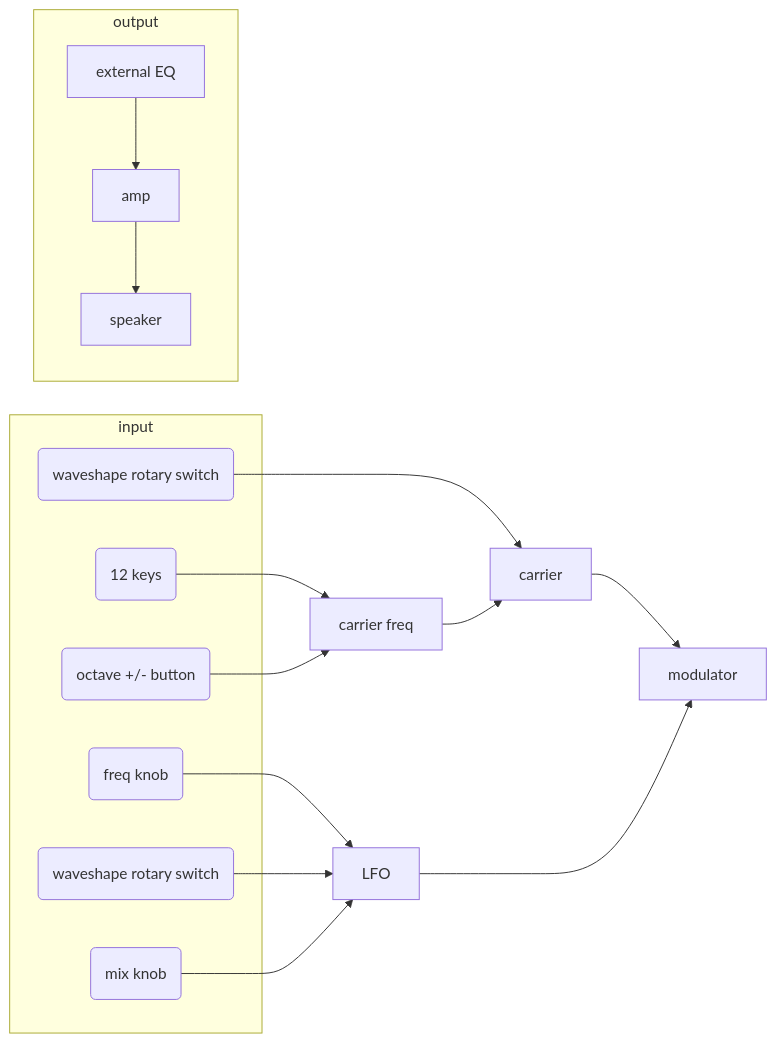
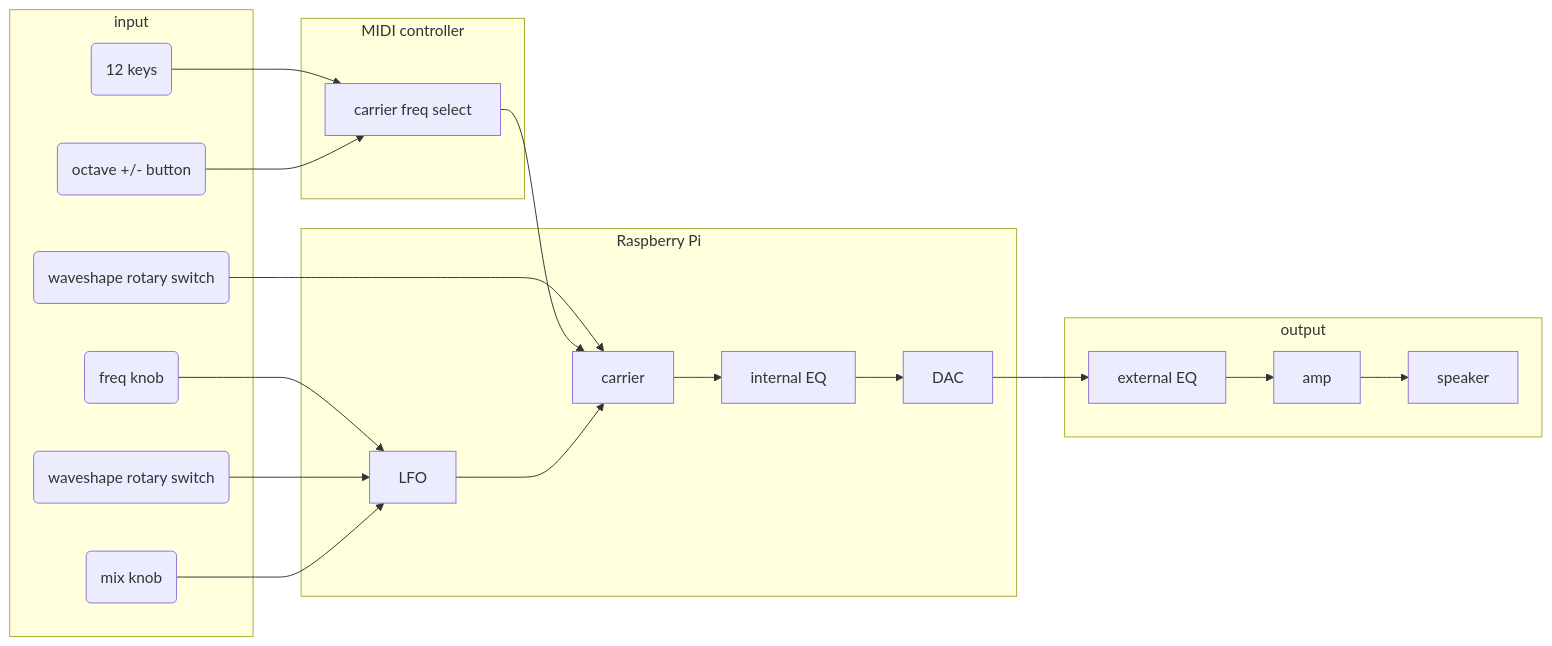
The diagram in README.md (aryadaroui/Synthesizer), drawn with Mermaid before and after one commit. The commit also changed other lines of this file and 1 other file, not shown here.

Commit message:
readme displays proper diagram

````diff
--- a/README.md
+++ b/README.md
@@ -58,30 +62,44 @@
 ```mermaid
 graph LR
 	freqLFO(freq knob)-->LFO[LFO]
 	waveLFO(waveshape rotary switch) --> LFO
 	mixLFO(mix knob) --> LFO
 	
-	keys(12 keys) --> freqCarrier[carrier freq]
+	keys(12 keys) --> freqCarrier[carrier freq select]
 	octave(octave +/- button) --> freqCarrier
 	
 	waveGen(waveshape rotary switch) --> carrier
 	freqCarrier --> carrier
 	
-	carrier --> modulator
-	LFO --> modulator
+	LFO --> carrier
+	carrier --> intEQ[internal EQ]
+	intEQ --> DAC
+    DAC --> extEQ
+
 	
 	
 	subgraph input
 	freqLFO
 	waveLFO
 	mixLFO
 	keys
 	octave
 	waveGen
 	end
 	
+	subgraph Raspberry Pi
+	LFO
+	carrier
+	intEQ
+	DAC
+	end
+	
+	subgraph MIDI controller
+	freqCarrier
+	end
+	
 	subgraph output
 	amp --> speaker
 	extEQ[external EQ] --> amp
 	end
 ```
````
